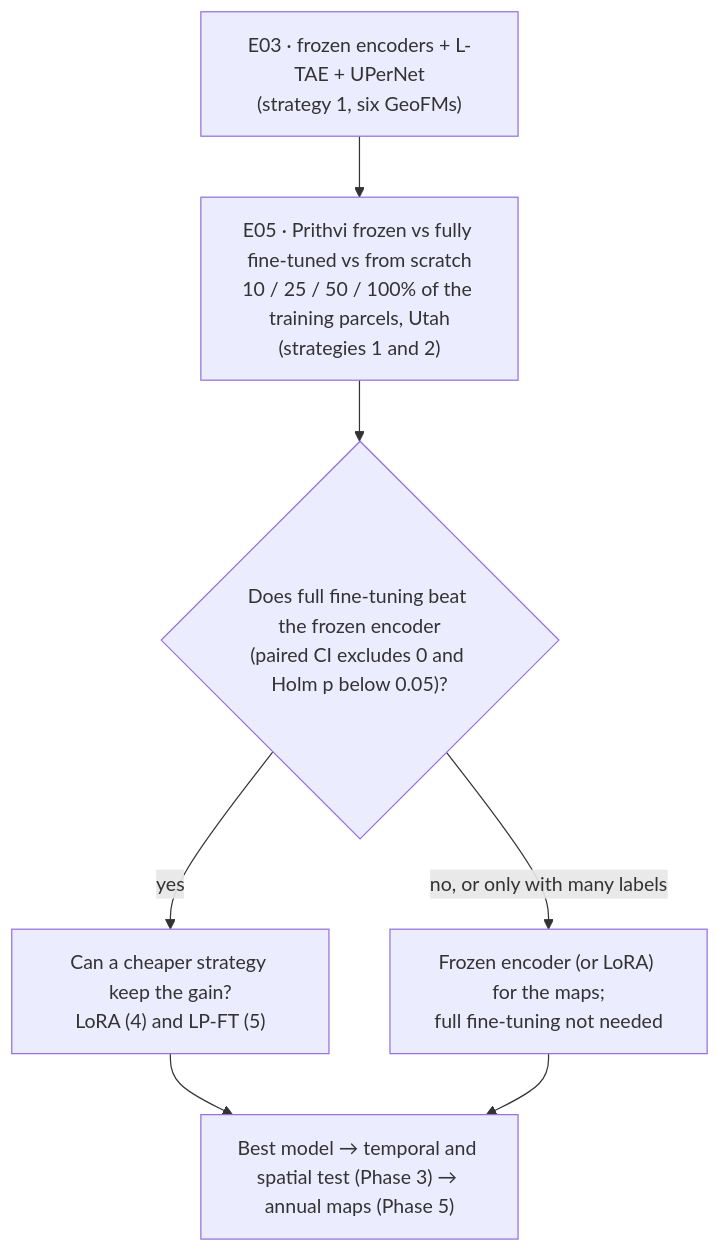
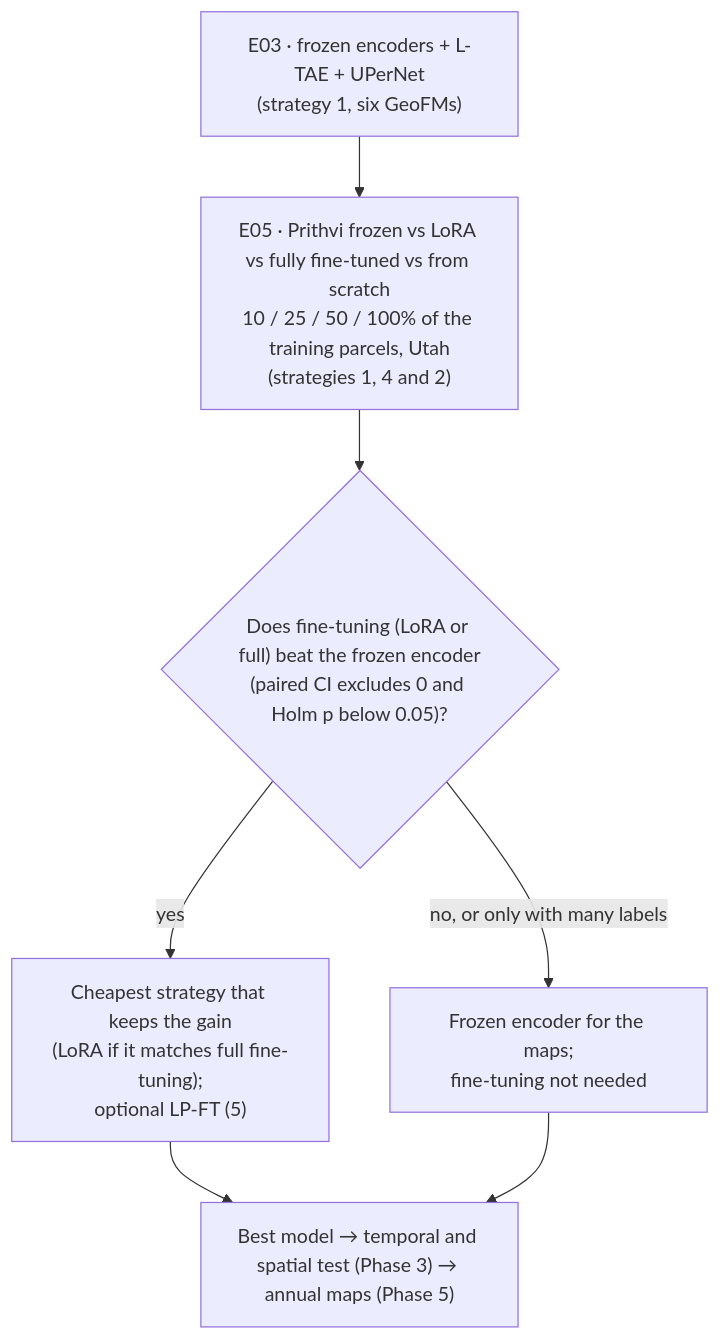
The diagram in docs/phase2_models/fine_tuning.md (amanchry/irrimapping-geofm), drawn with Mermaid before and after one commit. The commit also changed other lines of this file and 56 other files, not shown here.

````diff
--- a/docs/phase2_models/fine_tuning.md
+++ b/docs/phase2_models/fine_tuning.md
@@ -110,9 +110,9 @@
 ```mermaid
 flowchart TD
-    A["E03 · frozen encoders + L-TAE + UPerNet<br/>(strategy 1, six GeoFMs)"] --> B["E05 · Prithvi frozen vs fully fine-tuned vs from scratch<br/>10 / 25 / 50 / 100% of the training parcels, Utah<br/>(strategies 1 and 2)"]
-    B --> C{"Does full fine-tuning beat the frozen encoder<br/>(paired CI excludes 0 and Holm p below 0.05)?"}
-    C -- "yes" --> D["Can a cheaper strategy keep the gain?<br/>LoRA (4) and LP-FT (5)"]
-    C -- "no, or only with many labels" --> E["Frozen encoder (or LoRA) for the maps;<br/>full fine-tuning not needed"]
+    A["E03 · frozen encoders + L-TAE + UPerNet<br/>(strategy 1, six GeoFMs)"] --> B["E05 · Prithvi frozen vs LoRA vs fully fine-tuned vs from scratch<br/>10 / 25 / 50 / 100% of the training parcels, Utah<br/>(strategies 1, 4 and 2)"]
+    B --> C{"Does fine-tuning (LoRA or full) beat the frozen encoder<br/>(paired CI excludes 0 and Holm p below 0.05)?"}
+    C -- "yes" --> D["Cheapest strategy that keeps the gain<br/>(LoRA if it matches full fine-tuning);<br/>optional LP-FT (5)"]
+    C -- "no, or only with many labels" --> E["Frozen encoder for the maps;<br/>fine-tuning not needed"]
     D --> F["Best model → temporal and spatial test (Phase 3) → annual maps (Phase 5)"]
     E --> F
 ```
````
